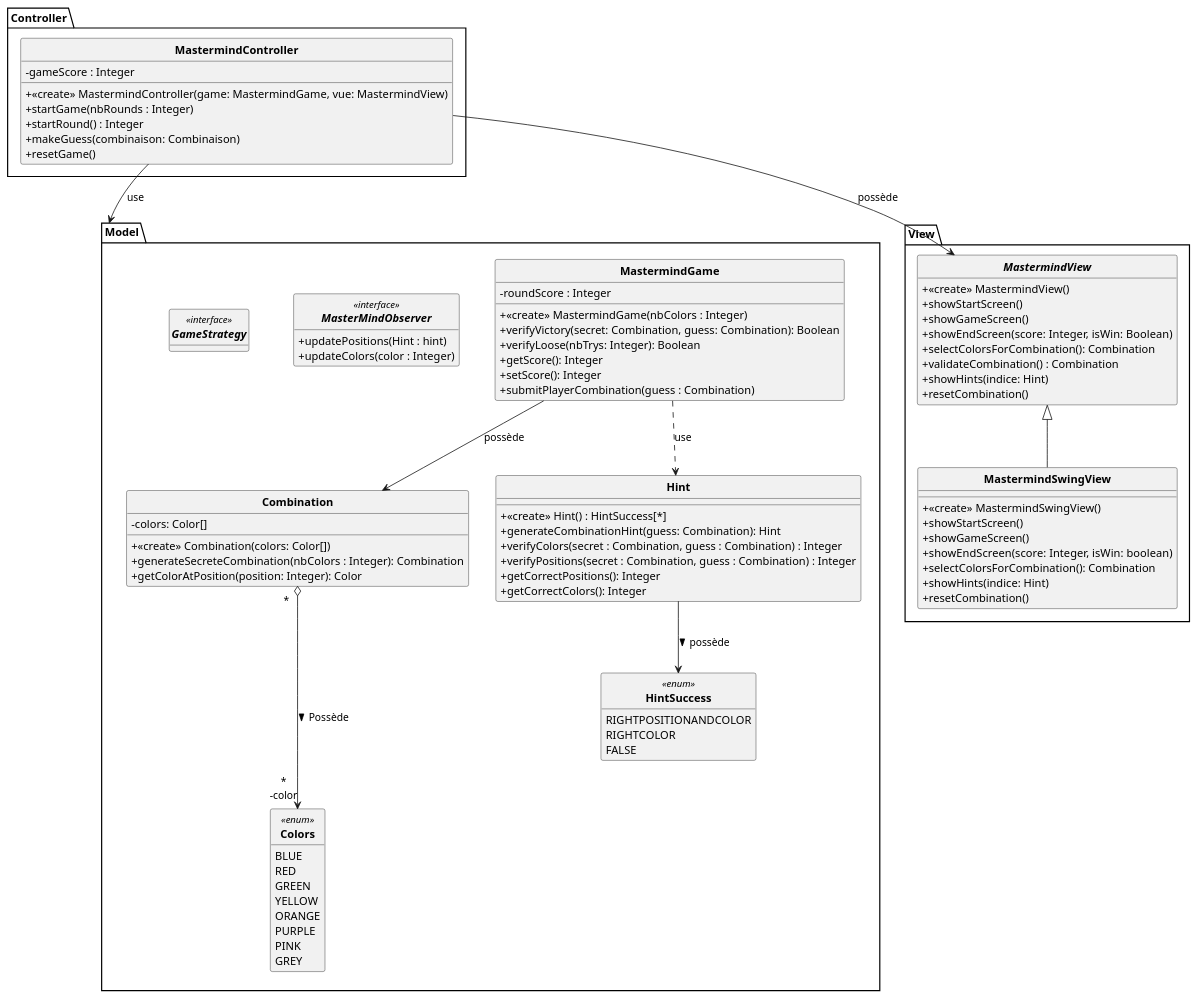
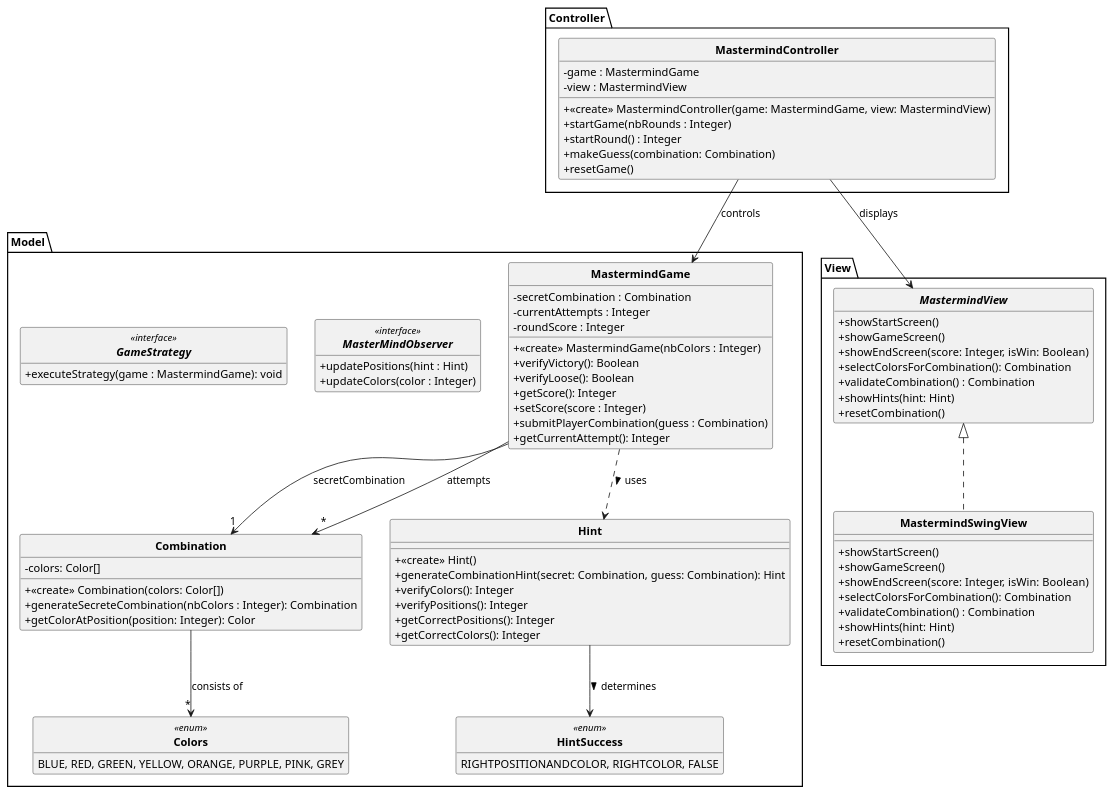
One commit to Taijin4/Mastermind changed the diagram in DCC.puml. Above: the diagram before and after it, drawn with PlantUML.

Commit message:
Modification du PUML : Clarification des relations Ajout d'attribuets de methodes Interface GameStrategy Amelioration de la clarte dans la description des classes

```diff
--- a/DCC.puml
+++ b/DCC.puml
@@ -1,112 +1,103 @@
 @startuml
-
 skinparam style strictuml
 skinparam classAttributeIconSize 0
 skinparam classFontStyle Bold
 hide enum methods
 hide interface attributes
 
 package Model {
 
     class MastermindGame {
+        - secretCombination : Combination
+        - currentAttempts : Integer
         - roundScore : Integer
         + <<create>> MastermindGame(nbColors : Integer)
-        + verifyVictory(secret: Combination, guess: Combination): Boolean
-        + verifyLoose(nbTrys: Integer): Boolean
+        + verifyVictory(): Boolean
+        + verifyLoose(): Boolean
         + getScore(): Integer
-        + setScore(): Integer
+        + setScore(score : Integer)
         + submitPlayerCombination(guess : Combination)
+        + getCurrentAttempt(): Integer
     }
 
     class Combination {
         - colors: Color[]
         + <<create>> Combination(colors: Color[])
         + generateSecreteCombination(nbColors : Integer): Combination
         + getColorAtPosition(position: Integer): Color
     }
 
     class Hint {
-        + <<create>> Hint() : HintSuccess[*]
-        + generateCombinationHint(guess: Combination): Hint
-        + verifyColors(secret : Combination, guess : Combination) : Integer
-        + verifyPositions(secret : Combination, guess : Combination) : Integer
+        + <<create>> Hint()
+        + generateCombinationHint(secret: Combination, guess: Combination): Hint
+        + verifyColors(): Integer
+        + verifyPositions(): Integer
         + getCorrectPositions(): Integer
         + getCorrectColors(): Integer
     }
 
-    enum Colors <<enum>>{
-        BLUE
-        RED
-        GREEN
-        YELLOW
-        ORANGE
-        PURPLE
-        PINK
-        GREY
+    enum Colors <<enum>> {
+        BLUE, RED, GREEN, YELLOW, ORANGE, PURPLE, PINK, GREY
     }
 
-    interface MasterMindObserver <<interface>>{
-        + updatePositions(Hint : hint)
+    enum HintSuccess <<enum>> {
+        RIGHTPOSITIONANDCOLOR, RIGHTCOLOR, FALSE
+    }
+
+    interface MasterMindObserver <<interface>> {
+        + updatePositions(hint : Hint)
         + updateColors(color : Integer)
     }
 
-    enum HintSuccess <<enum>>{
-        RIGHTPOSITIONANDCOLOR
-        RIGHTCOLOR
-        FALSE
+    interface GameStrategy <<interface>> {
+        + executeStrategy(game : MastermindGame): void
     }
 
-    interface GameStrategy <<interface>> {
-
-    }
-
-
-
 }
-
 
 package View {
 
     interface MastermindView {
-        + <<create>> MastermindView()
         + showStartScreen()
         + showGameScreen()
         + showEndScreen(score: Integer, isWin: Boolean)
         + selectColorsForCombination(): Combination
         + validateCombination() : Combination
-        + showHints(indice: Hint)
+        + showHints(hint: Hint)
         + resetCombination()
     }
 
-    class MastermindSwingView extends MastermindView{
-        + <<create>> MastermindSwingView()
+    class MastermindSwingView implements MastermindView {
         + showStartScreen()
         + showGameScreen()
-        + showEndScreen(score: Integer, isWin: boolean)
+        + showEndScreen(score: Integer, isWin: Boolean)
         + selectColorsForCombination(): Combination
-        + showHints(indice: Hint)
+        + validateCombination() : Combination
+        + showHints(hint: Hint)
         + resetCombination()
     }
 
 }
 
 package Controller {
 
     class MastermindController {
-        - gameScore : Integer
-        + <<create>> MastermindController(game: MastermindGame, vue: MastermindView)
+        - game : MastermindGame
+        - view : MastermindView
+        + <<create>> MastermindController(game: MastermindGame, view: MastermindView)
         + startGame(nbRounds : Integer)
         + startRound() : Integer
-        + makeGuess(combinaison: Combinaison)
+        + makeGuess(combination: Combination)
         + resetGame()
     }
 
 }
 
-MastermindGame ..> Hint : use
-MastermindGame --> Combination : possède
-MastermindController -->  Model : use
-MastermindController --> MastermindView : possède
-Combination " *   " o---> "*\n-color" Colors : Possède >
-Hint --> HintSuccess : possède >
+MastermindGame --> "1" Combination : secretCombination
+MastermindGame --> "*" Combination : attempts
+MastermindController --> MastermindGame : controls
+MastermindController --> MastermindView : displays
+Combination --> "*" Colors : consists of
+Hint --> HintSuccess : determines >
+MastermindGame ..> Hint : uses >
 @enduml
```
